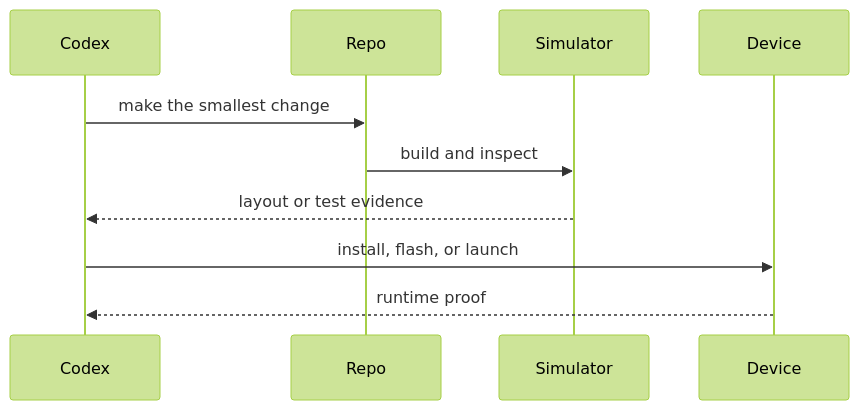
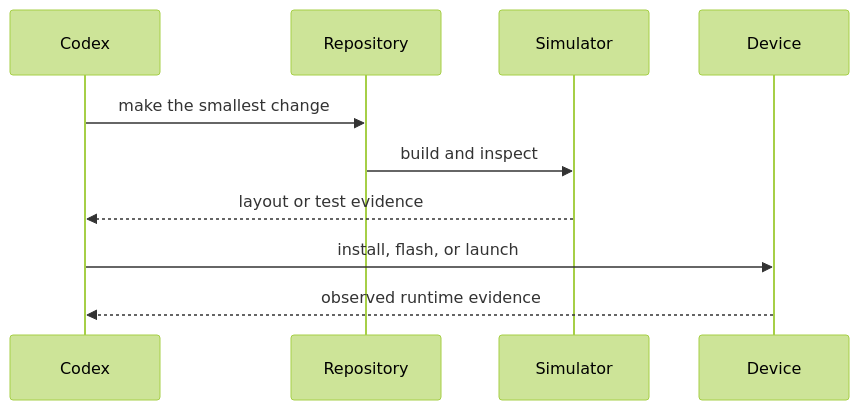
Before and after one commit to jremick/codexmaxxing: the third of 3 diagrams in docs/field-synthesis.md, drawn with Mermaid (forest theme). The commit also changed other lines of this file and 39 other files, not shown here.

````diff
--- a/docs/field-synthesis.md
+++ b/docs/field-synthesis.md
@@ -77,13 +74,13 @@
 ```mermaid
 sequenceDiagram
   participant Codex
-  participant Repo
+  participant Repository
   participant Simulator
   participant Device
 
-  Codex->>Repo: make the smallest change
-  Repo->>Simulator: build and inspect
+  Codex->>Repository: make the smallest change
+  Repository->>Simulator: build and inspect
   Simulator-->>Codex: layout or test evidence
   Codex->>Device: install, flash, or launch
-  Device-->>Codex: runtime proof
+  Device-->>Codex: observed runtime evidence
 ```
````
